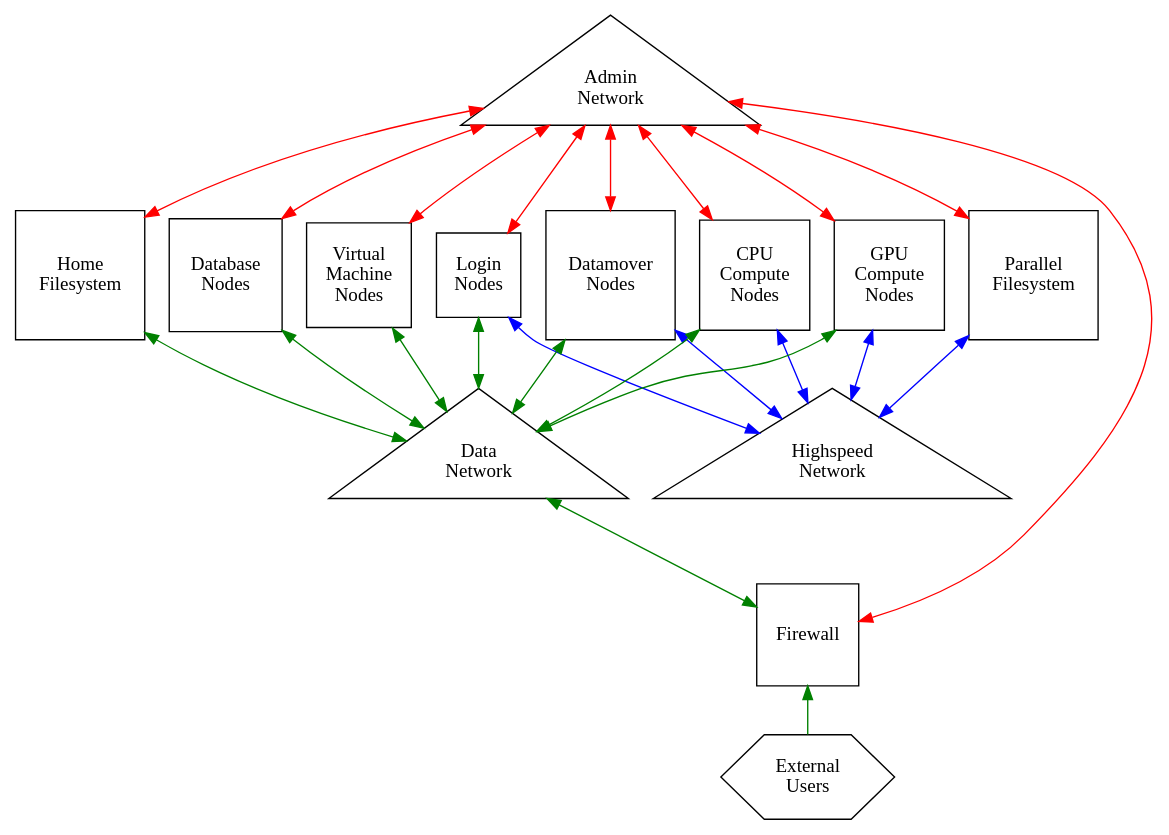
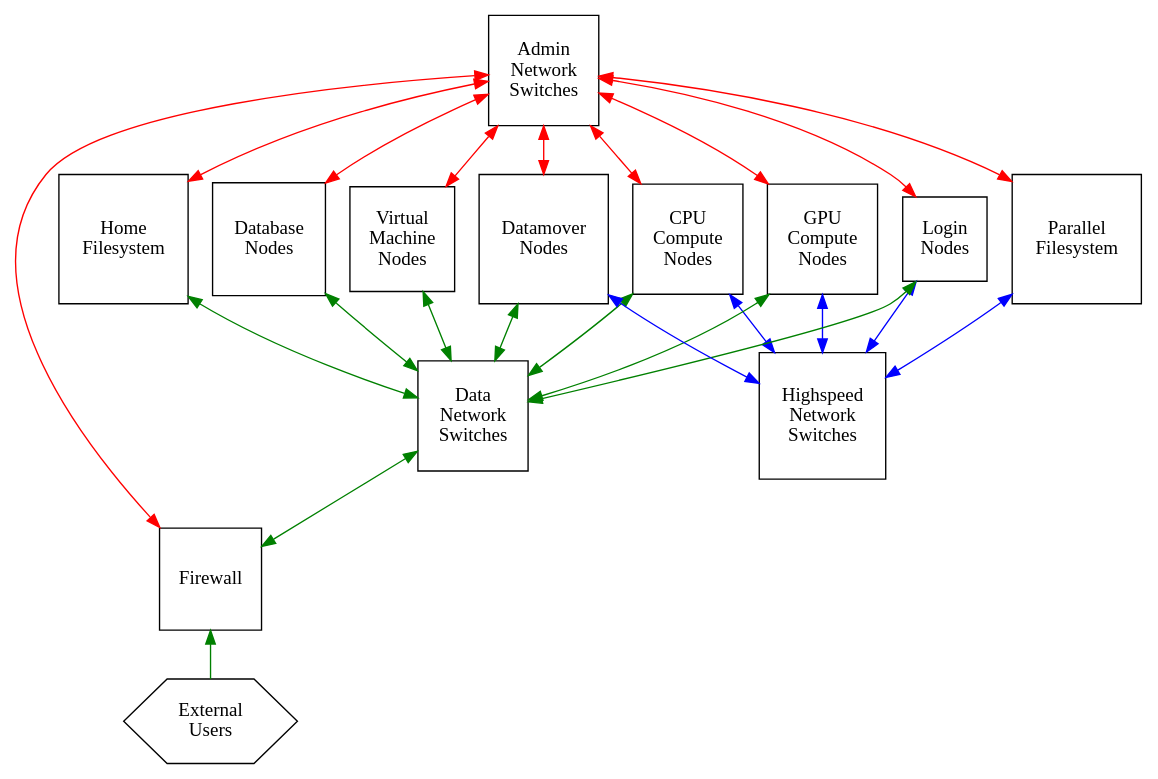
The diagram in Architecture_Diagrams/architecture_diagram_3.gv (BSCrumpton/hpc-diagram-sensitivity-examples), drawn with Graphviz before and after one commit. The commit also changed 4 other files, not shown here.

First line of the commit message:
re-wrote all architecture diagrams to use default rankdir, non-quoted attributes

```diff
--- a/Architecture_Diagrams/architecture_diagram_3.gv
+++ b/Architecture_Diagrams/architecture_diagram_3.gv
@@ -1,52 +1,50 @@
 // The system beings to get a little bit more specific, types of storage, types of Infra nodes
 digraph g {
-    rankdir="BT";
-    overlap="scalexy"
-    Admin_Net[shape=triangle,label="Admin\nNetwork"];
+    Admin_Net[shape=square,label="Admin\nNetwork\nSwitches"];
     // Compute[shape=square];
     Firewall[shape=square];
     // Storage[shape=square];
     // Infra[shape=square,label="Infrastructure\nNodes"];
-    HS_Net[shape=triangle,label="Highspeed\nNetwork"];
-    Data_Net[shape=triangle,label="Data\nNetwork"];
+    HS_Net[shape=square,label="Highspeed\nNetwork\nSwitches"];
+    Data_Net[shape=square,label="Data\nNetwork\nSwitches"];
     External[shape=hexagon,label="External\nUsers"]
-    External -> Firewall[color="green"];
-    Firewall -> Data_Net[dir="both",color="green"];
-    Firewall -> Admin_Net[dir="both",color="red"];
-    // Data_Net -> Compute[dir="both",color="green"];
-    // HS_Net -> Compute[dir="both",color="blue"];
-    // Compute -> Admin_Net[dir="both",color="red"];
-    // Data_Net -> Infra[dir="both",color="green"];
-    // HS_Net -> Infra[dir="both",color="blue"];
-    // Infra -> Admin_Net[dir="both",color="red"];
-    // HS_Net -> Storage[dir="both",color="blue"];
-    // Storage -> Admin_Net[dir="both",color="red"];
+    Firewall -> External[dir=back,color=green];
+    Data_Net -> Firewall[dir=both,color=green];
+    Admin_Net -> Firewall[dir=both,color=red];
+    // Compute -> Data_Net[dir=both,color=green];
+    // Compute -> HS_Net[dir=both,color=blue];
+    // Admin_Net -> Compute[dir=both,color=red];
+    // Infra -> Data_Net[dir=both,color=green];
+    // Infra -> HS_Net[dir=both,color=blue];
+    // Admin_Net -> Infra[dir=both,color=red];
+    // Storage -> HS_Net[dir=both,color=blue];
+    // Admin_Net -> Storage[dir=both,color=red];
     CPU[shape=square,label="CPU\nCompute\nNodes"];
-    Data_Net -> CPU[dir="both",color="green"];
-    HS_Net -> CPU[dir="both",color="blue"];
-    CPU -> Admin_Net[dir="both",color="red"];
+    CPU -> Data_Net[dir=both,color=green];
+    CPU -> HS_Net[dir=both,color=blue];
+    Admin_Net -> CPU[dir=both,color=red];
     GPU[shape=square,label="GPU\nCompute\nNodes"];
-    Data_Net -> GPU[dir="both",color="green"];
-    HS_Net -> GPU[dir="both",color="blue"];
-    GPU -> Admin_Net[dir="both",color="red"];
+    GPU -> Data_Net[dir=both,color=green];
+    GPU -> HS_Net[dir=both,color=blue];
+    Admin_Net -> GPU[dir=both,color=red];
     Storage1[shape=square,label="Parallel\nFilesystem"];
-    HS_Net -> Storage1[dir="both",color="blue"];
-    Storage1 -> Admin_Net[dir="both",color="red"];
+    Storage1 -> HS_Net[dir=both,color=blue];
+    Admin_Net -> Storage1[dir=both,color=red];
     Storage2[shape=square,label="Home\nFilesystem"];
-    Data_Net -> Storage2[dir="both",color="green"];
-    Storage2 -> Admin_Net[dir="both",color="red"];
+    Storage2 -> Data_Net[dir=both,color=green];
+    Admin_Net -> Storage2[dir=both,color=red];
     Login[shape=square,label="Login\nNodes"];
-    Data_Net -> Login[dir="both",color="green"];
-    HS_Net -> Login[dir="both",color="blue"];
-    Login -> Admin_Net[dir="both",color="red"];
+    Login -> Data_Net[dir=both,color=green];
+    Login -> HS_Net[dir=both,color=blue];
+    Admin_Net -> Login[dir=both,color=red];
     Dbase[shape=square,label="Database\nNodes"];
-    Data_Net -> Dbase[dir="both",color="green"];
-    Dbase -> Admin_Net[dir="both",color="red"];
+    Dbase -> Data_Net[dir=both,color=green];
+    Admin_Net -> Dbase[dir=both,color=red];
     Datamover[shape=square,label="Datamover\nNodes"];
-    Data_Net -> Datamover[dir="both",color="green"];
-    HS_Net -> Datamover[dir="both",color="blue"];
-    Datamover -> Admin_Net[dir="both",color="red"];
+    Datamover -> Data_Net[dir=both,color=green];
+    Datamover -> HS_Net[dir=both,color=blue];
+    Admin_Net -> Datamover[dir=both,color=red];
     VM[shape=square,label="Virtual\nMachine\nNodes"];
-    Data_Net -> VM[dir="both",color="green"];
-    VM -> Admin_Net[dir="both",color="red"];
+    VM -> Data_Net[dir=both,color=green];
+    Admin_Net -> VM[dir=both,color=red];
 }
```
